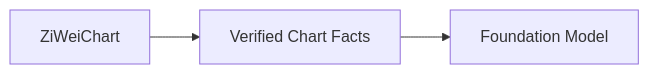
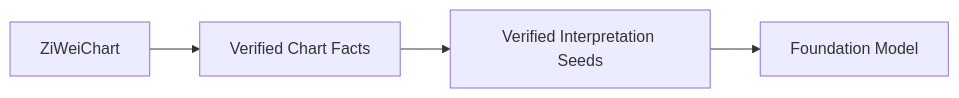
Before and after one commit to narumiruna/mighty-zi-wei: the third of 5 diagrams in PRODUCT.md, drawn with Mermaid. The commit also changed other lines of this file, not shown here.

````diff
--- a/PRODUCT.md
+++ b/PRODUCT.md
@@ -350,8 +366,9 @@
 ```mermaid
 flowchart LR
     Chart["ZiWeiChart"]
     Facts["Verified Chart Facts"]
+    Seeds["Verified Interpretation Seeds"]
     LLM["Foundation Model"]
 
-    Chart --> Facts --> LLM
+    Chart --> Facts --> Seeds --> LLM
 ```
````
